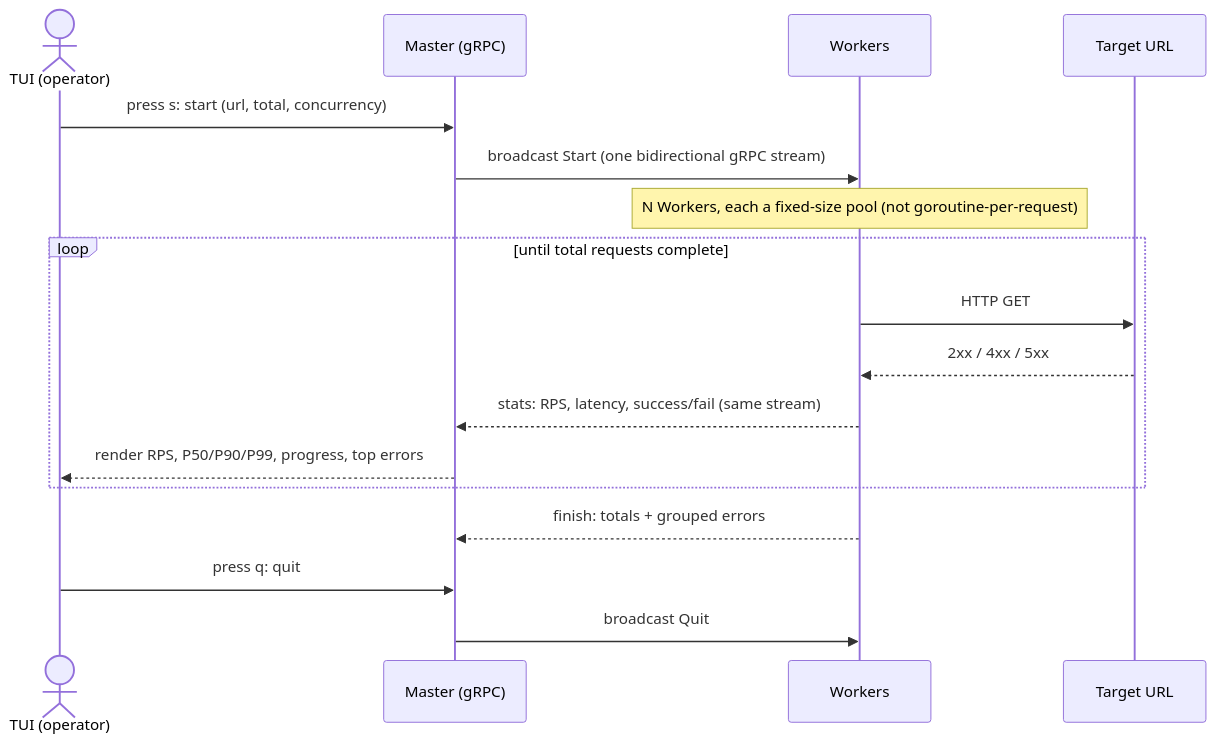
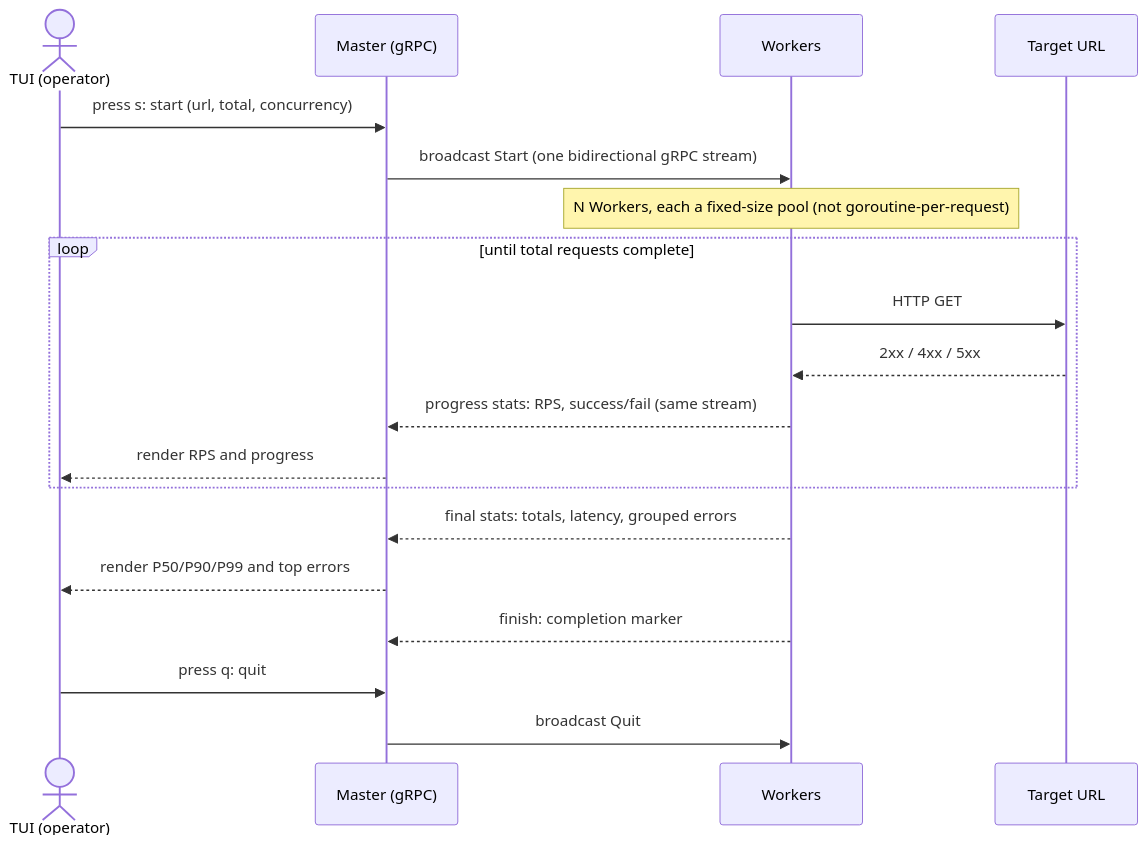
Before and after one commit to ryokotaka/SwarmGo: the diagram in README.md, drawn with Mermaid.

Commit message:
Clarify README sequence diagram

````diff
--- a/README.md
+++ b/README.md
@@ -186,19 +186,21 @@
 ```mermaid
 sequenceDiagram
     actor U as TUI (operator)
     participant M as Master (gRPC)
     participant W as Workers
     participant T as Target URL
     U->>M: press s: start (url, total, concurrency)
     M->>W: broadcast Start (one bidirectional gRPC stream)
     Note over W: N Workers, each a fixed-size pool (not goroutine-per-request)
     loop until total requests complete
         W->>T: HTTP GET
         T-->>W: 2xx / 4xx / 5xx
-        W-->>M: stats: RPS, latency, success/fail (same stream)
-        M-->>U: render RPS, P50/P90/P99, progress, top errors
+        W-->>M: progress stats: RPS, success/fail (same stream)
+        M-->>U: render RPS and progress
     end
-    W-->>M: finish: totals + grouped errors
+    W-->>M: final stats: totals, latency, grouped errors
+    M-->>U: render P50/P90/P99 and top errors
+    W-->>M: finish: completion marker
     U->>M: press q: quit
     M->>W: broadcast Quit
 ```
````
